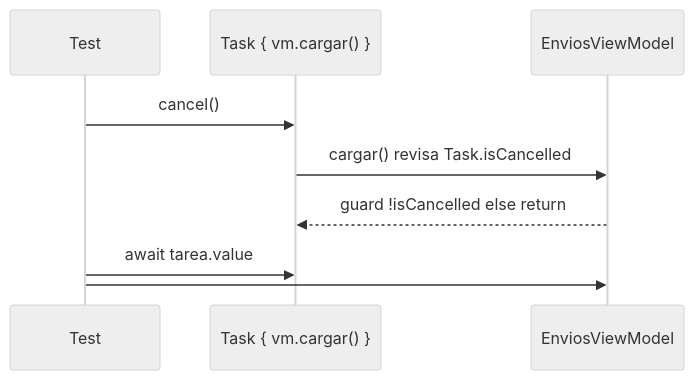
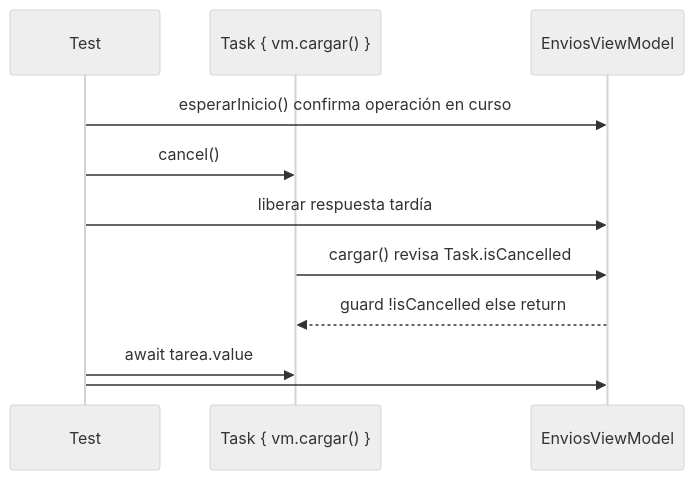
One commit to NICORUIZ93/Academia_Floci changed the first of 6 diagrams in web/public/content/ios/modulo-14.md. Above: the diagram before and after it, drawn with Mermaid (neutral theme). The commit also changed other lines of this file and 115 other files, not shown here.

````diff
--- a/web/public/content/ios/modulo-14.md
+++ b/web/public/content/ios/modulo-14.md
@@ -37,11 +81,13 @@
 ```mermaid
 sequenceDiagram
     participant Test
     participant Tarea as Task { vm.cargar() }
     participant VM as EnviosViewModel
+    Test->>VM: esperarInicio() confirma operación en curso
     Test->>Tarea: cancel()
+    Test->>VM: liberar respuesta tardía
     Tarea->>VM: cargar() revisa Task.isCancelled
     VM-->>Tarea: guard !isCancelled else return
     Test->>Tarea: await tarea.value
     Test->>VM: #expect(vm.envios.isEmpty)
 ```
````
